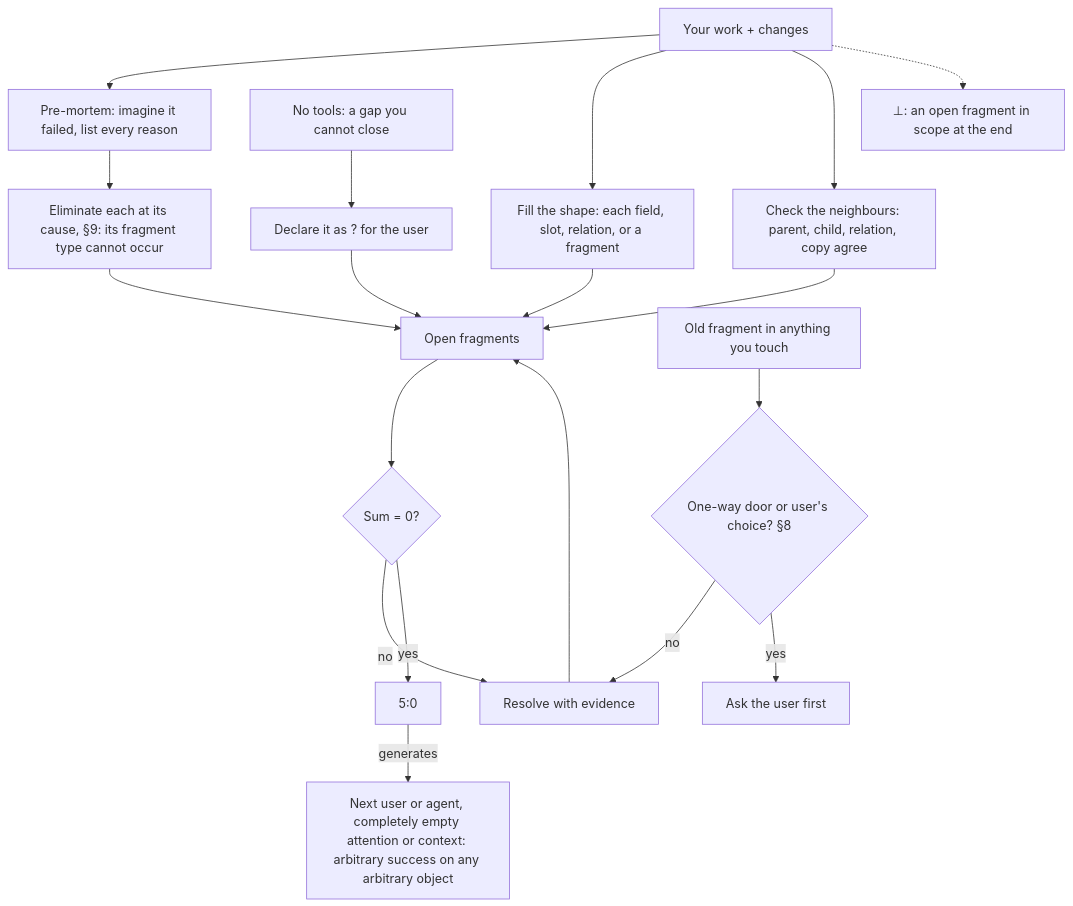
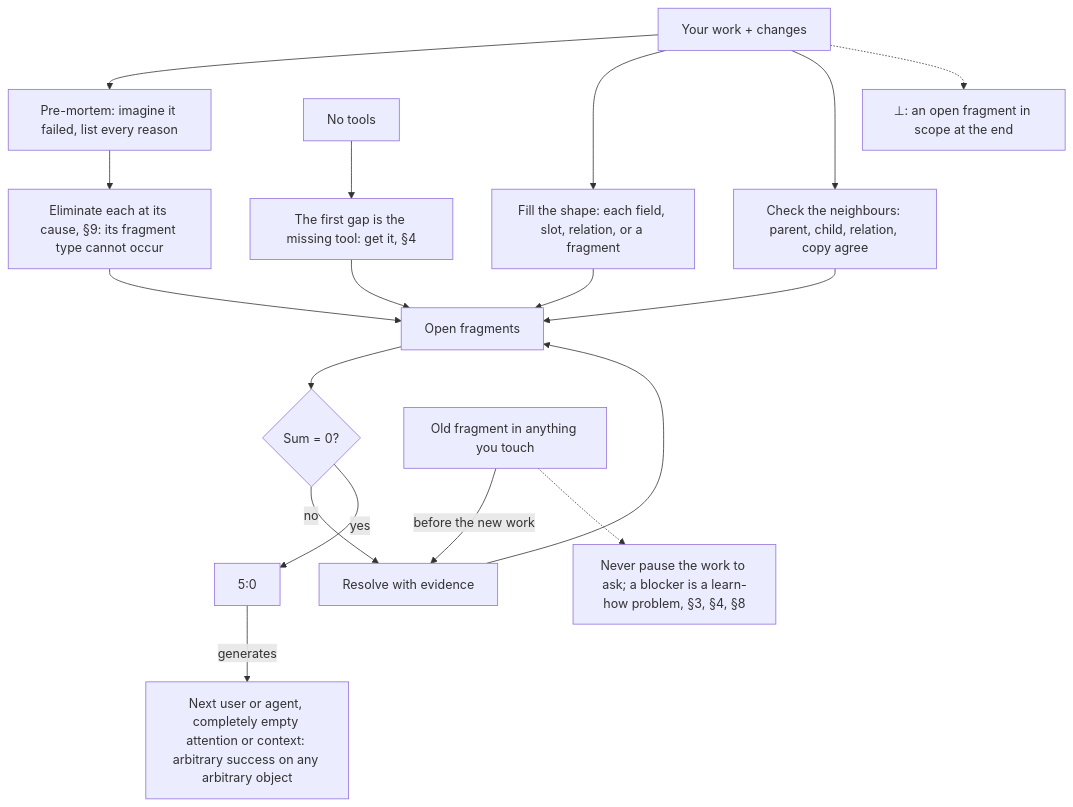
Before and after one commit to SolenixAI/arbiter: the second of 14 diagrams in AGENTS.md, drawn with Mermaid. The commit also changed other lines of this file and 2 other files, not shown here.

First line of the commit message:
feat(agents): agents never stop at 99%: one correct way, real journeys, observed in the user's view (#49)

````diff
--- a/AGENTS.md
+++ b/AGENTS.md
@@ -105,13 +105,12 @@
 ```mermaid
 flowchart TD
   W[Your work + changes] --> PM[Pre-mortem: imagine it failed, list every reason] --> P[Eliminate each at its cause, §9: its fragment type cannot occur] --> L[Open fragments] --> C{Sum = 0?}
   C -->|no| F[Resolve with evidence] --> L
   W --> SH[Fill the shape: each field, slot, relation, or a fragment] --> L
   W --> NB[Check the neighbours: parent, child, relation, copy agree] --> L
   C -->|yes| D[5:0] -->|generates| NX["Next user or agent, completely empty attention or context: arbitrary success on any arbitrary object"]
-  O[Old fragment in anything you touch] --> OW{One-way door or user's choice? §8}
-  OW -->|no| F
-  OW -->|yes| UA[Ask the user first]
-  NT[No tools: a gap you cannot close] --> X["Declare it as ? for the user"] --> L
+  O[Old fragment in anything you touch] -->|before the new work| F
+  O -.-> TM["Never pause the work to ask; a blocker is a learn-how problem, §3, §4, §8"]
+  NT[No tools] --> X["The first gap is the missing tool: get it, §4"] --> L
   W -.-> BOT["⊥: an open fragment in scope at the end"]
 ```
````
